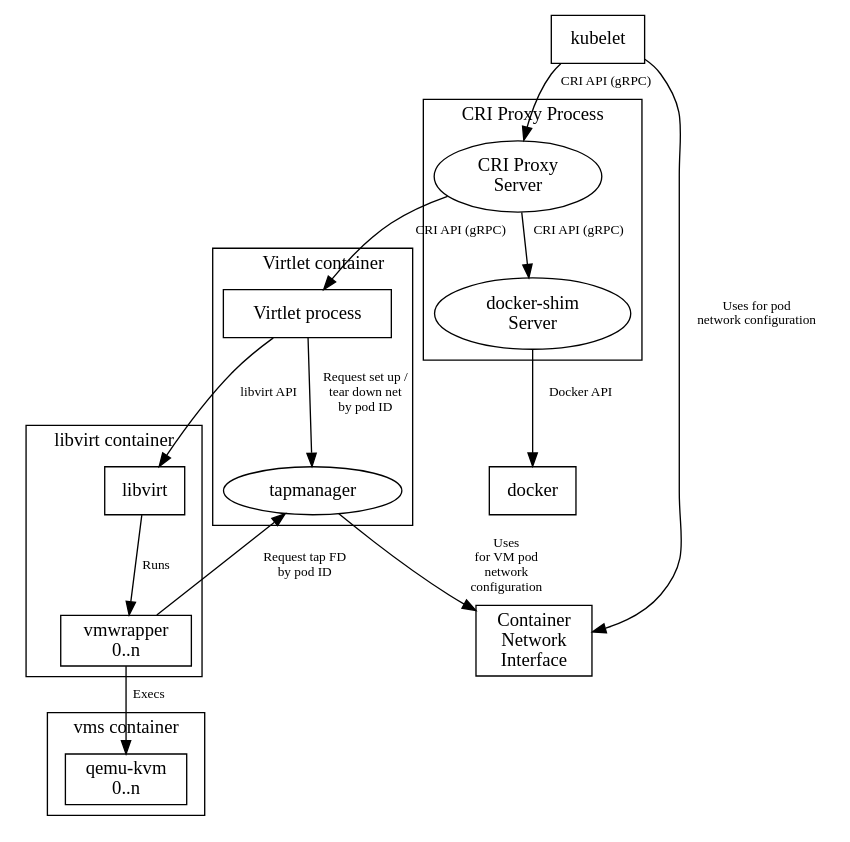
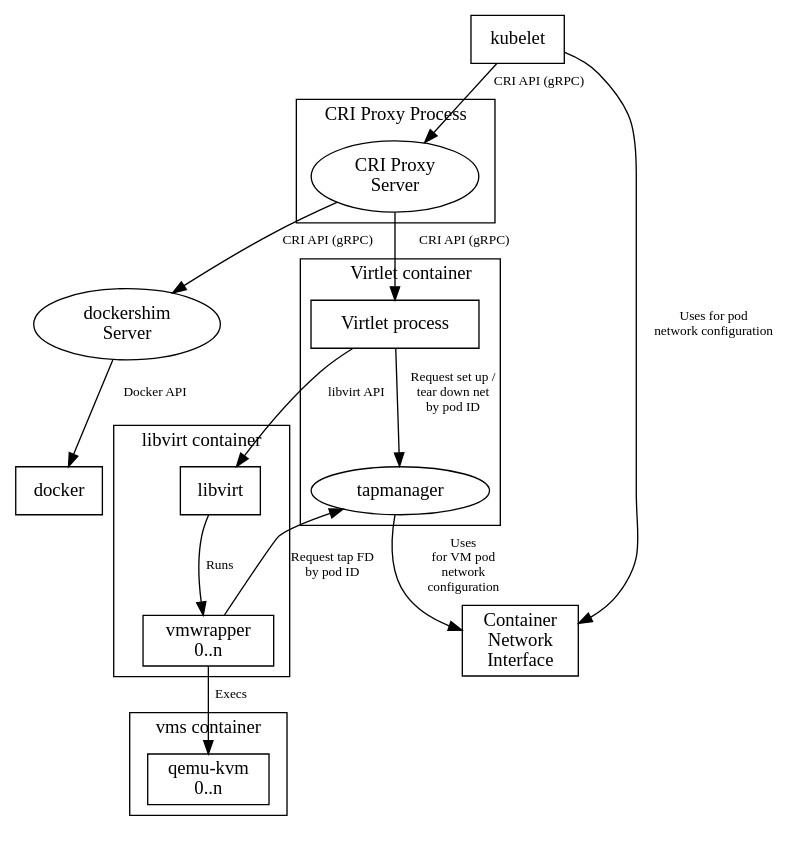
One commit to Mirantis/virtlet changed the diagram in docs/virtlet.dot. Above: the diagram before and after it, drawn with Graphviz. The commit also changed 10 other files, not shown here.

```diff
--- a/docs/virtlet.dot
+++ b/docs/virtlet.dot
@@ -1,44 +1,44 @@
 digraph criproxy {
         compound=true;
         edge [fontsize=10];
         ranksep=0.0001;
 
         subgraph cluster_0 {
                 color=black;
                 label="CRI Proxy Process";
                 criproxy [label="CRI Proxy\nServer"];
-                docker_shim [label="docker-shim\nServer"];
-                criproxy -> docker_shim [label=" CRI API (gRPC)  "];
         }
         cni [shape=rectangle, label="Container\nNetwork\nInterface"];
         subgraph cluster_1 {
                 label="Virtlet container";
                 labeljust="r";
                 virtlet [label=" Virtlet process",shape=rectangle];
                 virtlet -> tapmanager [label="Request set up /\n tear down net\nby pod ID"];
         }
         subgraph cluster_2 {
                 label="libvirt container";
                 labeljust="r";
                 libvirt [shape=rectangle];
                 vmwrapper [shape=rectangle, label="vmwrapper\n0..n"];
                 libvirt -> vmwrapper [label="Runs"];
                 vmwrapper -> tapmanager [label="Request tap FD\nby pod ID"];
                 virtlet -> libvirt [label="libvirt API"];
                 // {rank=same vmwrapper qemu_kvm}
         }
         subgraph cluster_3 {
                 label="vms container";
                 labeljust="r";
                 qemu_kvm [shape=rectangle, label="qemu-kvm\n0..n"];
                 vmwrapper -> qemu_kvm [label=" Execs", shape=rectangle];
         }
         kubelet [shape=rectangle];
         docker [shape=rectangle];
+        docker_shim [label="dockershim\nServer"];
+        criproxy -> docker_shim [label=" CRI API (gRPC)  "];
         tapmanager -> cni [label=" Uses                             \nfor VM pod                             \nnetwork                             \n configuration                             "];
         kubelet -> cni [label=" Uses for pod\n network configuration"];
         kubelet -> criproxy [label=" CRI API (gRPC)"];
         criproxy -> virtlet [label="     CRI API (gRPC)"];
         docker_shim -> docker [label="   Docker API"];
         //docker -> vmwrapper [label=" Manages", lhead=cluster_1];
 }
```
